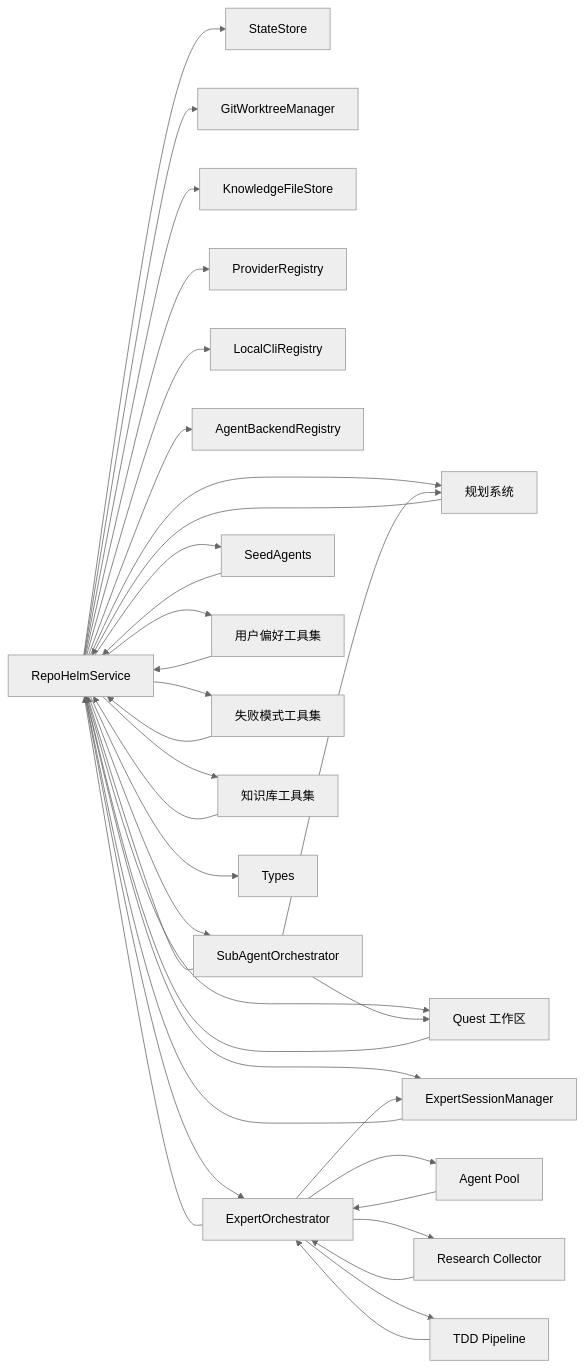
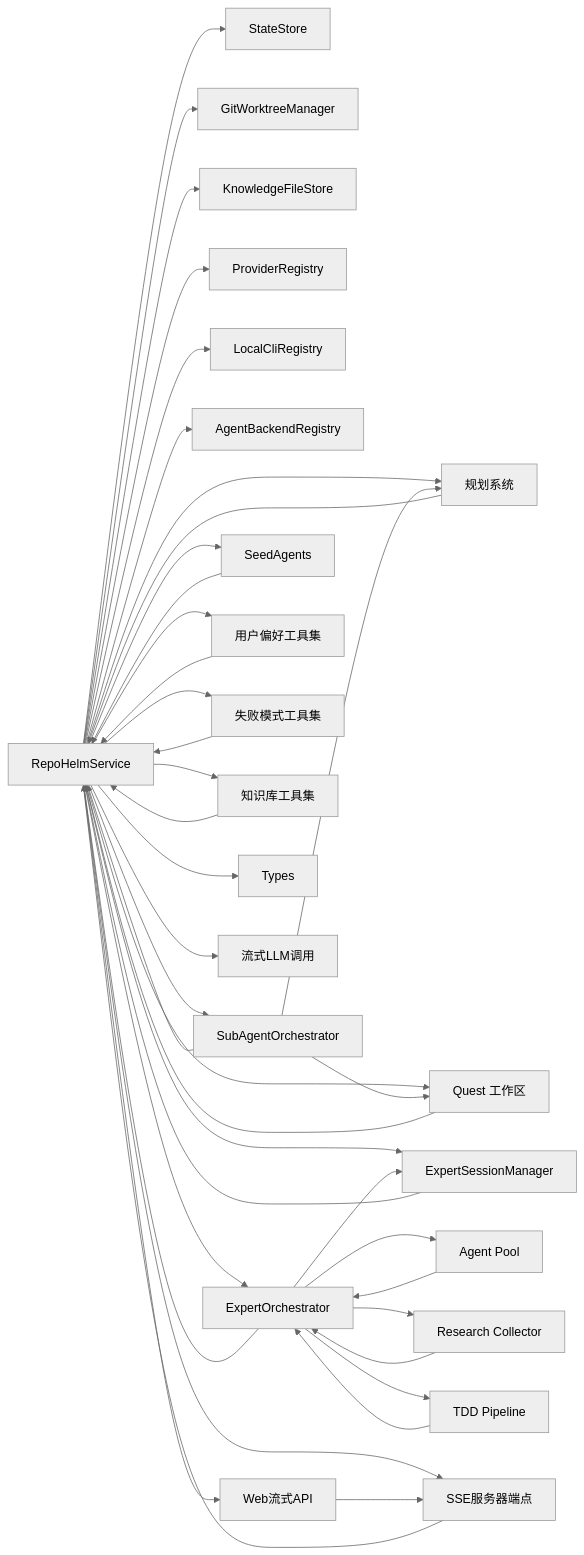
One commit to coconilu/RepoHelm changed diagram 24 of 24 in .qoder/repowiki/zh/content/核心服务模块/核心服务模块.md. Above: the diagram before and after it, drawn with Mermaid (neutral theme). The commit also changed other lines of this file and 7 other files, not shown here.

````diff
--- a/.qoder/repowiki/zh/content/核心服务模块/核心服务模块.md
+++ b/.qoder/repowiki/zh/content/核心服务模块/核心服务模块.md
@@ -1276,37 +1528,42 @@
 ```mermaid
 graph LR
 S["RepoHelmService"] --> ST["StateStore"]
 S --> G["GitWorktreeManager"]
 S --> KF["KnowledgeFileStore"]
 S --> PR["ProviderRegistry"]
 S --> LR["LocalCliRegistry"]
 S --> AR["AgentBackendRegistry"]
 S --> O["SubAgentOrchestrator"]
 S --> EO["ExpertOrchestrator"]
 S --> SM["ExpertSessionManager"]
 S --> P["规划系统"]
 S --> QW["Quest 工作区"]
 S --> SA["SeedAgents"]
 S --> HT["用户偏好工具集"]
 S --> FT["失败模式工具集"]
 S --> KT["知识库工具集"]
 S --> T["Types"]
+S --> LLM["流式LLM调用"]
+S --> SS["SSE服务器端点"]
+S --> WS["Web流式API"]
 O --> S
 O --> P
 O --> QW
 EO --> S
 EO --> SM
 EO --> AP["Agent Pool"]
 EO --> RC["Research Collector"]
 EO --> TP["TDD Pipeline"]
 SM --> S
 AP --> EO
 RC --> EO
 TP --> EO
 P --> S
 QW --> S
 SA --> S
 HT --> S
 FT --> S
 KT --> S
+SS --> S
+WS --> SS
 ```
````
